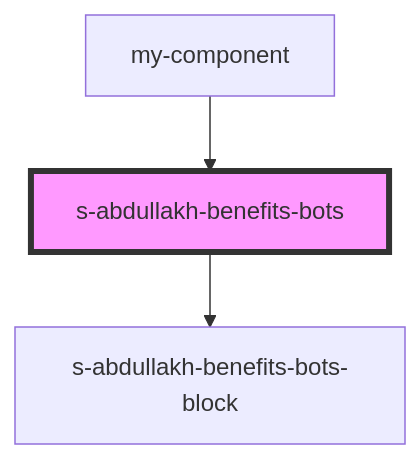
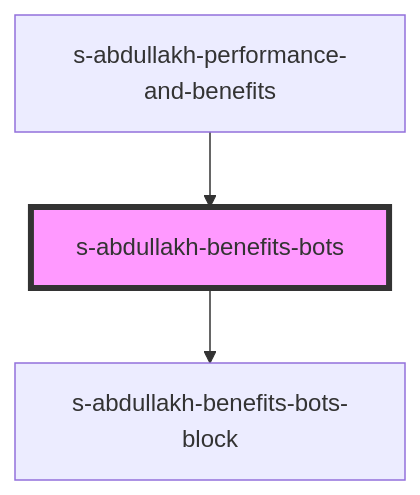
Before and after one commit to Wokh-Dada/botdevelopmentapp: the diagram in src/components/s-abdullakh-performance-and-benefits/res/view/s-abdullakh-benefits-bots/readme.md, drawn with Mermaid. The commit also changed other lines of this file and 23 other files, not shown here.

````diff
--- a/src/components/s-abdullakh-performance-and-benefits/res/view/s-abdullakh-benefits-bots/readme.md
+++ b/src/components/s-abdullakh-performance-and-benefits/res/view/s-abdullakh-benefits-bots/readme.md
@@ -33,6 +33,6 @@
 ```mermaid
 graph TD;
   s-abdullakh-benefits-bots --> s-abdullakh-benefits-bots-block
-  my-component --> s-abdullakh-benefits-bots
+  s-abdullakh-performance-and-benefits --> s-abdullakh-benefits-bots
   style s-abdullakh-benefits-bots fill:#f9f,stroke:#333,stroke-width:4px
 ```
````
